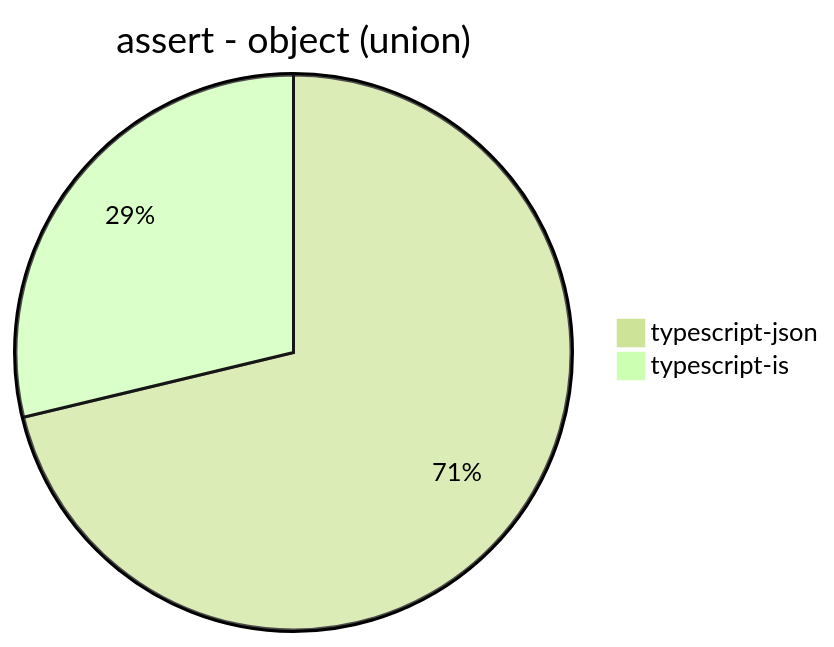
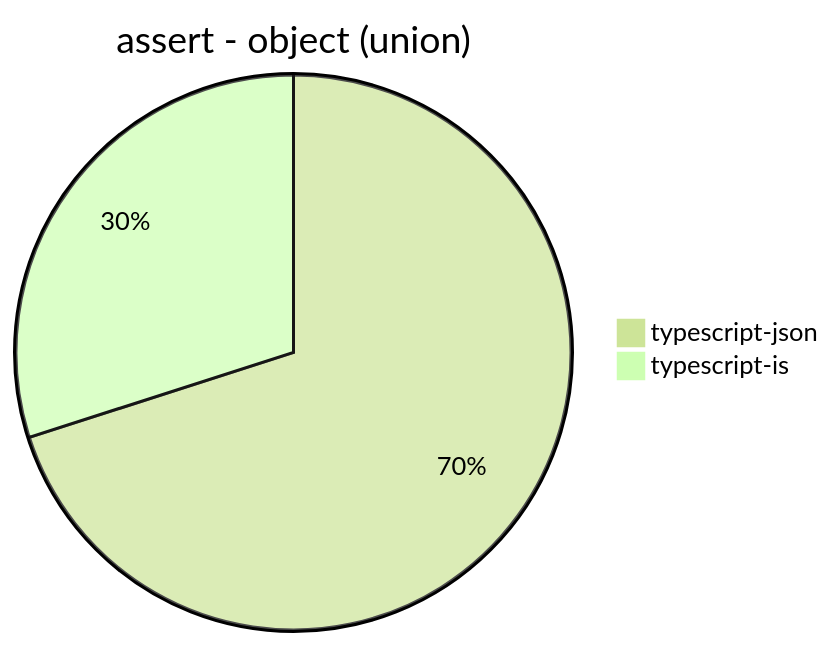
Before and after one commit to neklan1205/typescript-json: the third of 30 diagrams in benchmark/results/Intel(R) Core(TM) i7-6700 CPU @ 3.40GHz.md, drawn with Mermaid (forest theme). The commit also changed other lines of this file, not shown here.

````diff
--- a/benchmark/results/Intel(R) Core(TM) i7-6700 CPU @ 3.40GHz.md
+++ b/benchmark/results/Intel(R) Core(TM) i7-6700 CPU @ 3.40GHz.md
@@ -32,5 +32,5 @@
 ```mermaid
 pie title assert - object (union)
-  "typescript-json": 3738.2045162474756
-  "typescript-is": 1508.1315504156125
+  "typescript-json": 3509.774990778311
+  "typescript-is": 1500.1767408978437
 ```
````
